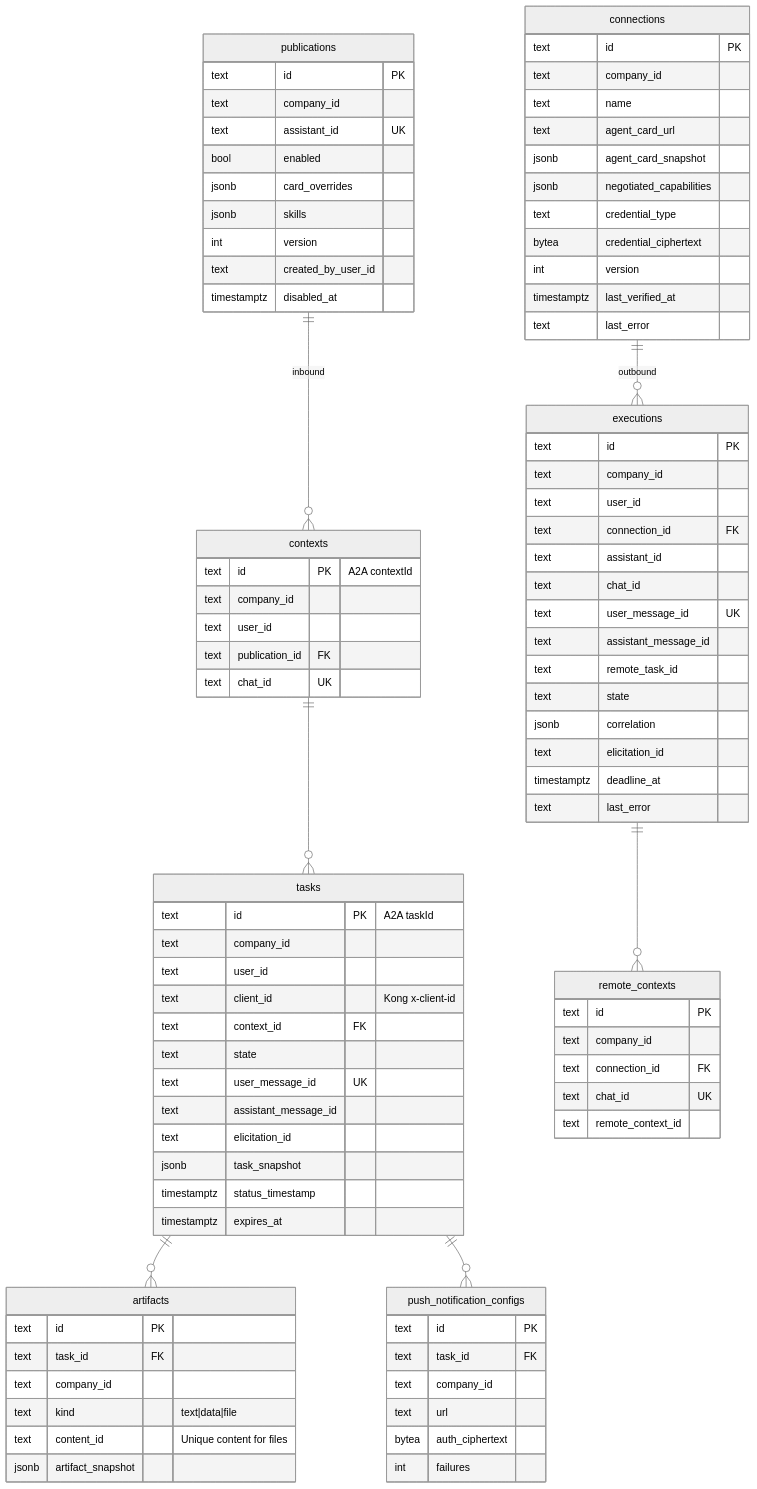
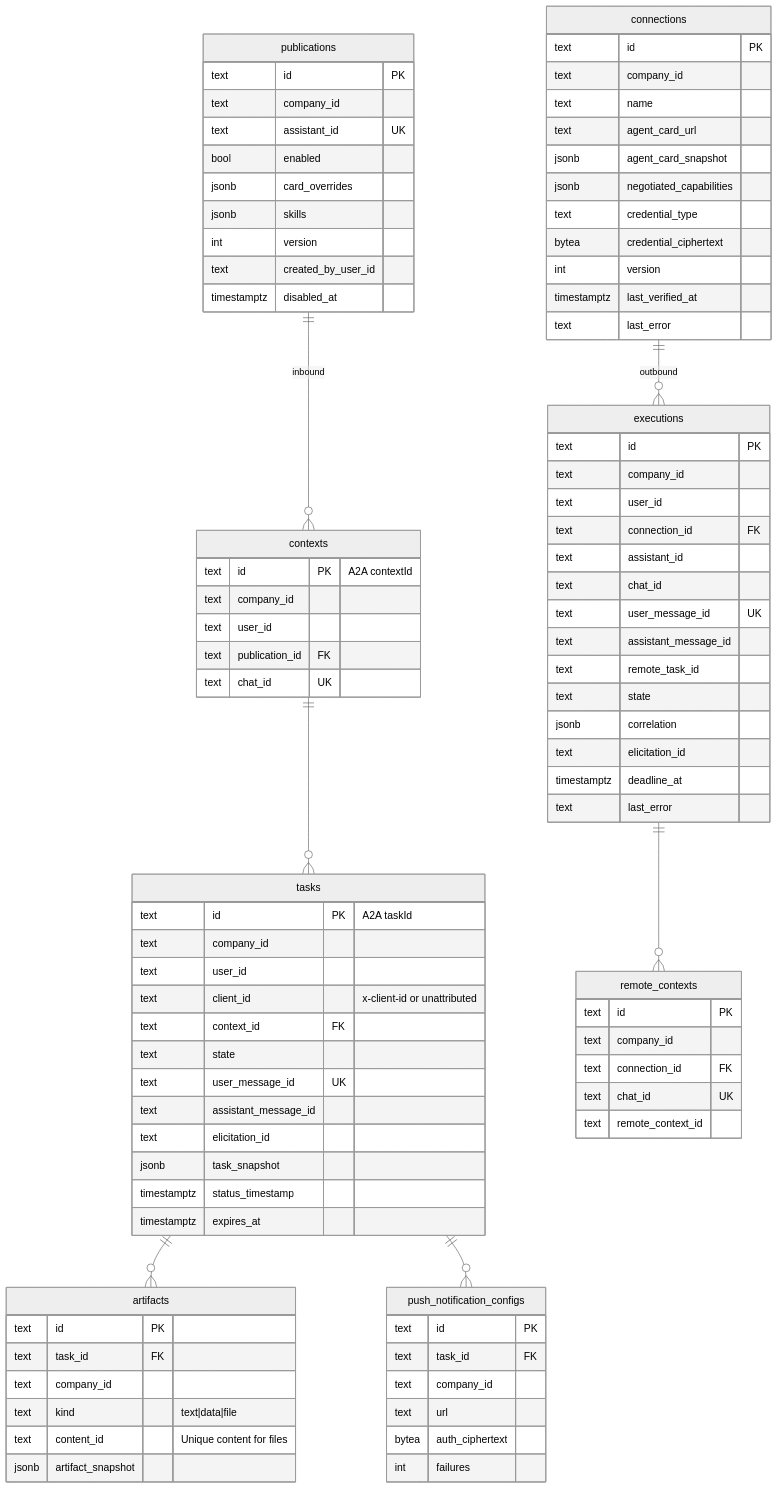
One commit to Unique-AG/connectors changed the diagram in services/a2a-gateway/docs/data-model.md. Above: the diagram before and after it, drawn with Mermaid. The commit also changed 12 other files, not shown here.

```diff
--- a/services/a2a-gateway/docs/data-model.md
+++ b/services/a2a-gateway/docs/data-model.md
@@ -47,7 +47,7 @@
         text id PK "A2A taskId"
         text company_id
         text user_id
-        text client_id "Kong x-client-id"
+        text client_id "x-client-id or unattributed"
         text context_id FK
         text state
         text user_message_id UK
```
